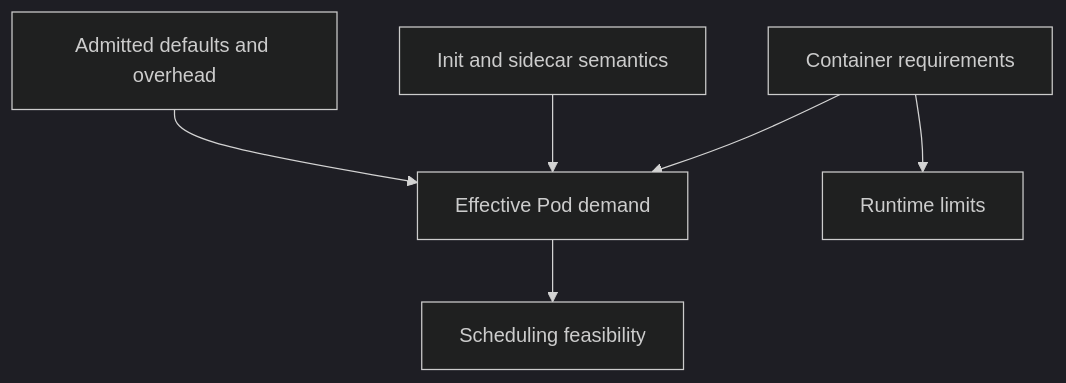
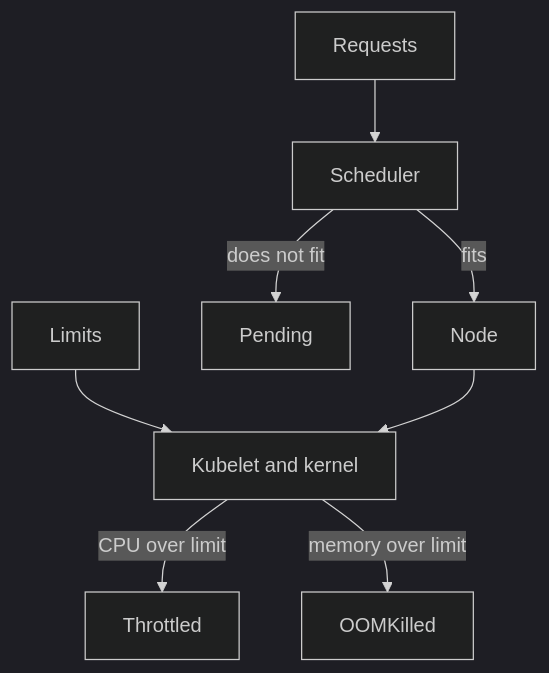
The diagram in sections/section-030/module-01/course-02-expressing-resource-needs-for-every-container.md (astrona-io/ATS023), drawn with Mermaid (dark theme) before and after one commit. The commit also changed other lines of this file and 408 other files, not shown here.

````diff
--- a/sections/section-030/module-01/course-02-expressing-resource-needs-for-every-container.md
+++ b/sections/section-030/module-01/course-02-expressing-resource-needs-for-every-container.md
@@ -62,8 +61,10 @@
 ```mermaid
 flowchart TB
-    C["Container requirements"] --> P["Effective Pod demand"]
-    I["Init and sidecar semantics"] --> P
-    D["Admitted defaults and overhead"] --> P
-    P --> S["Scheduling feasibility"]
-    C --> R["Runtime limits"]
+    R["Requests"] --> S["Scheduler"]
+    S -->|"fits"| N["Node"]
+    S -->|"does not fit"| P["Pending"]
+    L["Limits"] --> K["Kubelet and kernel"]
+    N --> K
+    K -->|"CPU over limit"| T["Throttled"]
+    K -->|"memory over limit"| O["OOMKilled"]
 ```
````
